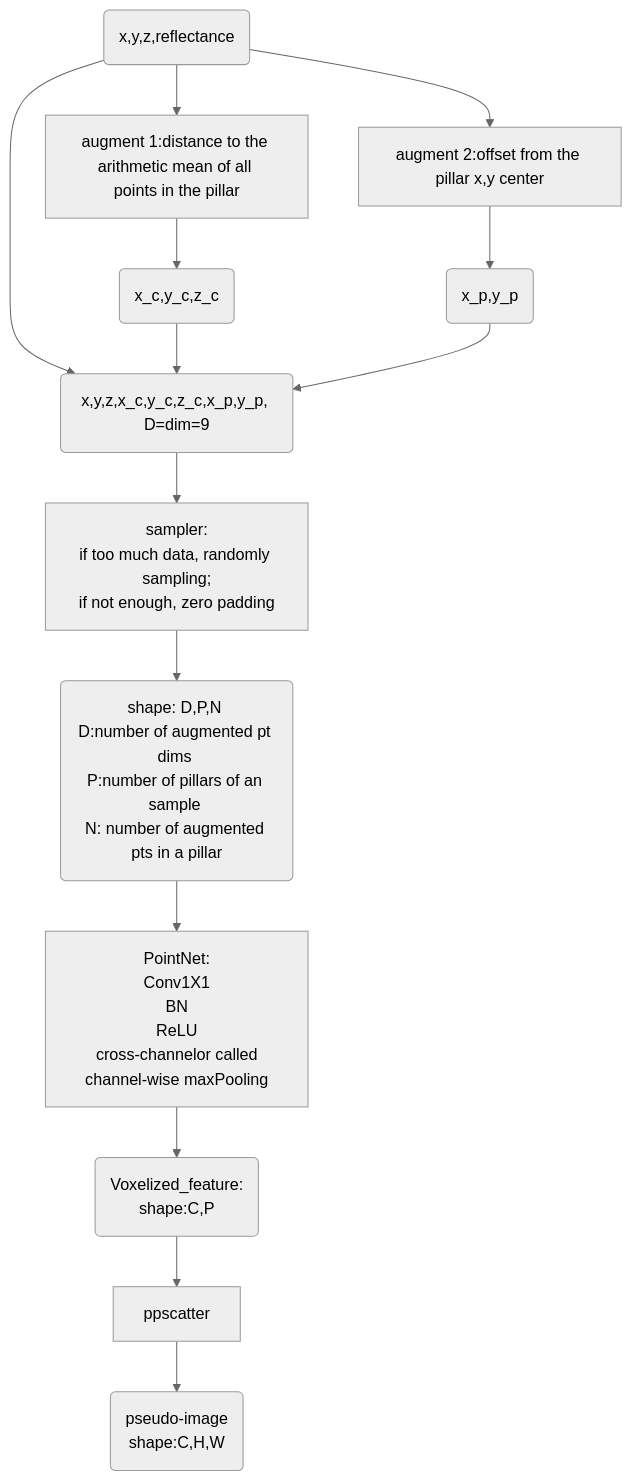
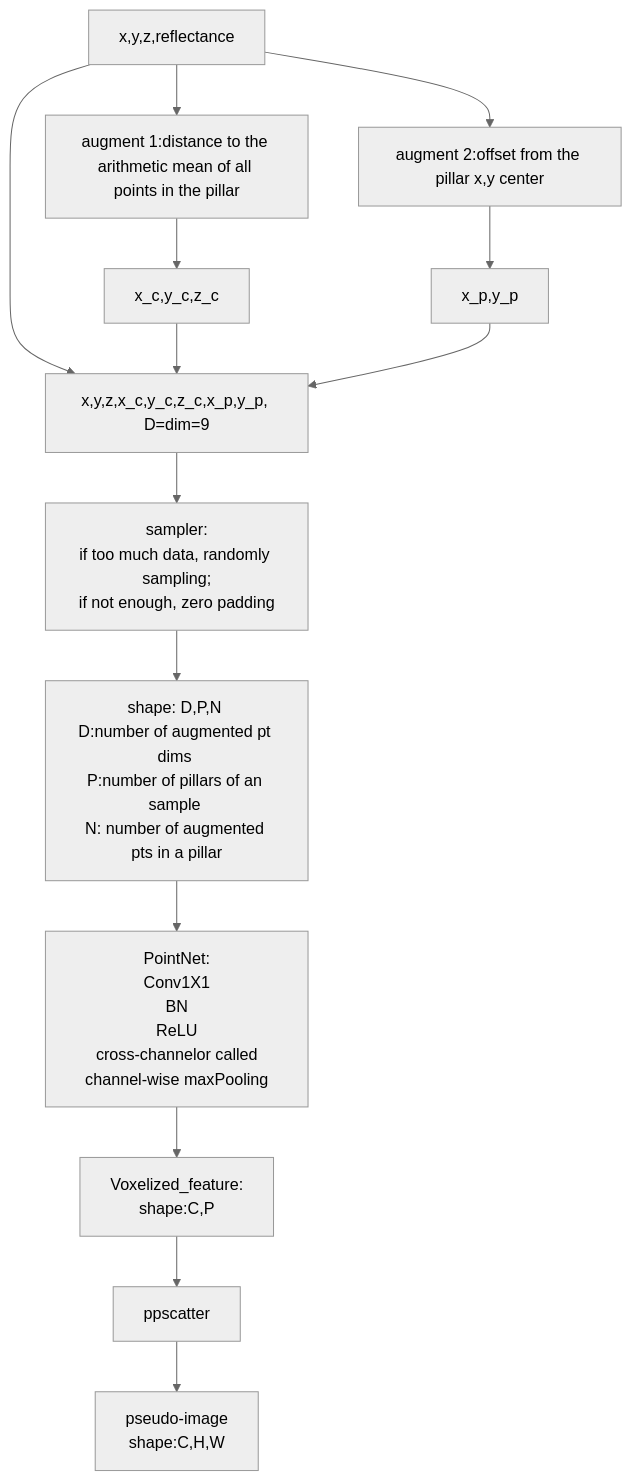
One commit to lvsolo/PaperMod changed the third of 3 diagrams in content/posts/paper_reading/PointPillar.md. Above: the diagram before and after it, drawn with Mermaid (neutral theme). The commit also changed other lines of this file and 17 other files, not shown here.

````diff
--- a/content/posts/paper_reading/PointPillar.md
+++ b/content/posts/paper_reading/PointPillar.md
@@ -31,16 +33,16 @@
 ```mermaid
 graph TB
-    pt(x,y,z,reflectance) --> aug1[augment 1:distance to the arithmetic mean of all points in the pillar]
+    pt[x,y,z,reflectance] --> aug1[augment 1:distance to the arithmetic mean of all points in the pillar]
     pt --> aug2[augment 2:offset from the pillar x,y center]
-    aug1 --> pt_aug1(x_c,y_c,z_c)
-    aug2 --> pt_aug2(x_p,y_p)
-    pt --> aug_pt(x,y,z,x_c,y_c,z_c,x_p,y_p, D=dim=9)
+    aug1 --> pt_aug1[x_c,y_c,z_c]
+    aug2 --> pt_aug2[x_p,y_p]
+    pt --> aug_pt[x,y,z,x_c,y_c,z_c,x_p,y_p, D=dim=9]
     pt_aug1 --> aug_pt
     pt_aug2 --> aug_pt
-    aug_pt --> sampler[sampler:\nif too much data, randomly sampling;\nif not enough, zero padding]
-    sampler --> sampled_feature(shape: D,P,N \nD:number of augmented pt dims \nP:number of pillars of an sample \nN: number of augmented pts in a pillar)
-    sampled_feature --> PointNet[PointNet:\nConv1X1\n BN \n ReLU \n cross-channelor called channel-wise maxPooling]
-    PointNet --> Voxelized_feature(Voxelized_feature:\n shape:C,P)
+    aug_pt --> sampler["sampler:\nif too much data, randomly sampling;\nif not enough, zero padding"]
+    sampler --> sampled_feature["shape: D,P,N \nD:number of augmented pt dims \nP:number of pillars of an sample \nN: number of augmented pts in a pillar"]
+    sampled_feature --> PointNet["PointNet:\nConv1X1\n BN \n ReLU \n cross-channelor called channel-wise maxPooling"]
+    PointNet --> Voxelized_feature["Voxelized_feature:\n shape:C,P"]
     Voxelized_feature --> ppscatter[ppscatter] 
-    ppscatter --> pseudo-image(pseudo-image\nshape:C,H,W)
+    ppscatter --> pseudo-image["pseudo-image\nshape:C,H,W"]
 ```
````
